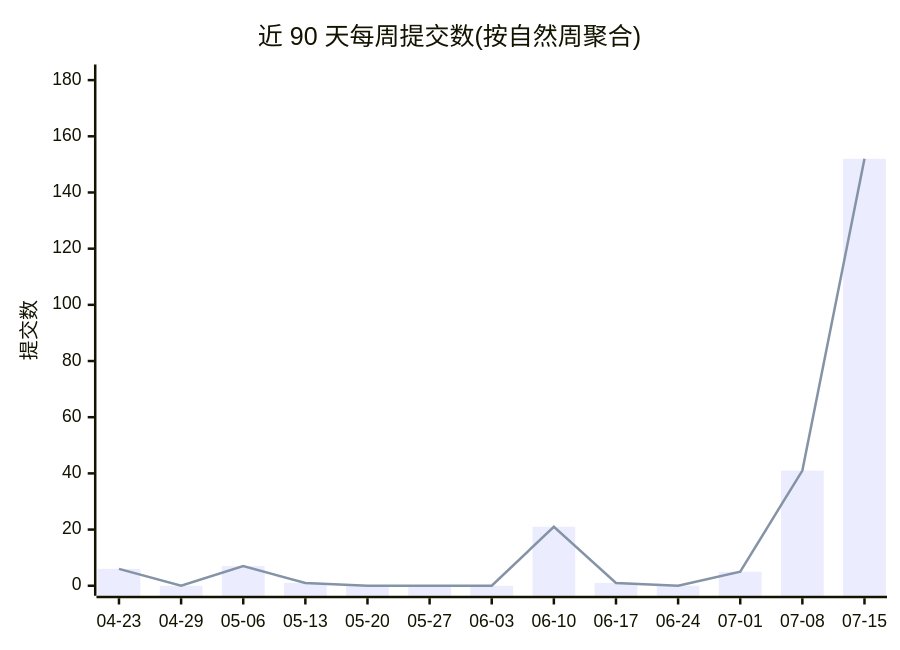
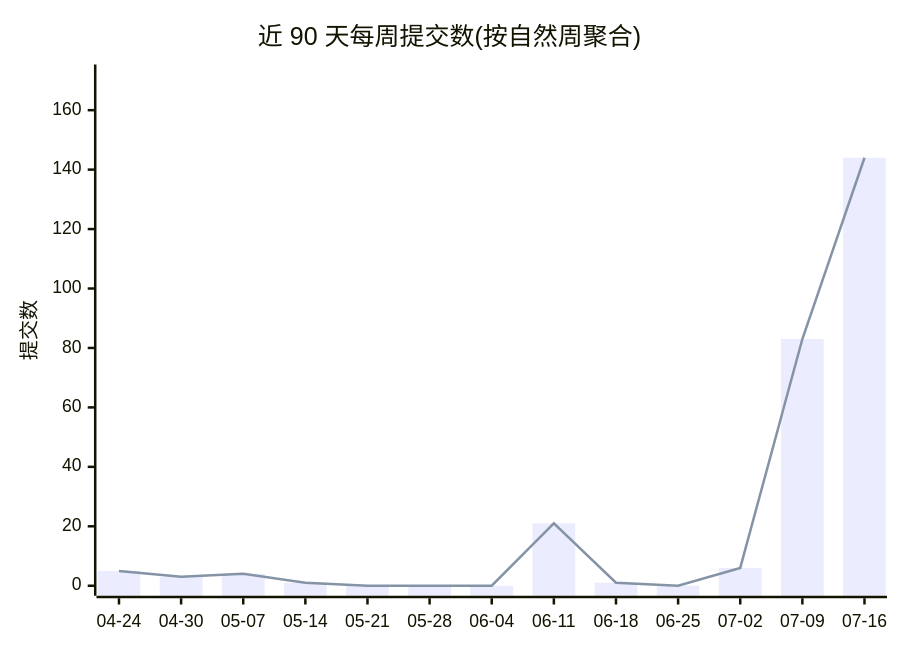
One commit to Conflux-Union/.github changed the first of 2 diagrams in profile/README.md. Above: the diagram before and after it, drawn with Mermaid. The commit also changed other lines of this file and 1 other file, not shown here.

````diff
--- a/profile/README.md
+++ b/profile/README.md
@@ -44,8 +44,8 @@
 ```mermaid
 xychart-beta
     title "近 90 天每周提交数(按自然周聚合)"
-    x-axis ["04-23", "04-29", "05-06", "05-13", "05-20", "05-27", "06-03", "06-10", "06-17", "06-24", "07-01", "07-08", "07-15"]
-    y-axis "提交数" 0 --> 182
-    bar [6, 0, 7, 1, 0, 0, 0, 21, 1, 0, 5, 41, 152]
-    line [6, 0, 7, 1, 0, 0, 0, 21, 1, 0, 5, 41, 152]
+    x-axis ["04-24", "04-30", "05-07", "05-14", "05-21", "05-28", "06-04", "06-11", "06-18", "06-25", "07-02", "07-09", "07-16"]
+    y-axis "提交数" 0 --> 172
+    bar [5, 3, 4, 1, 0, 0, 0, 21, 1, 0, 6, 83, 144]
+    line [5, 3, 4, 1, 0, 0, 0, 21, 1, 0, 6, 83, 144]
 ```
````
